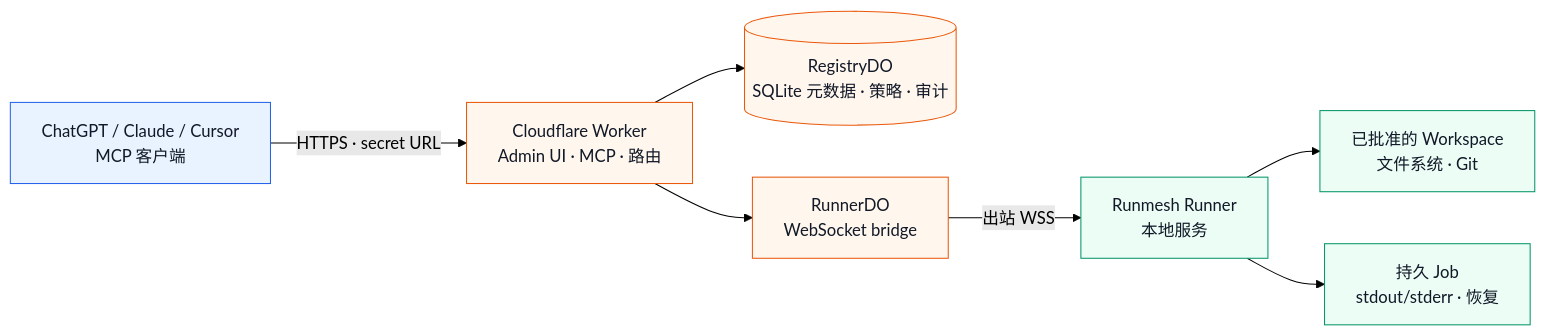
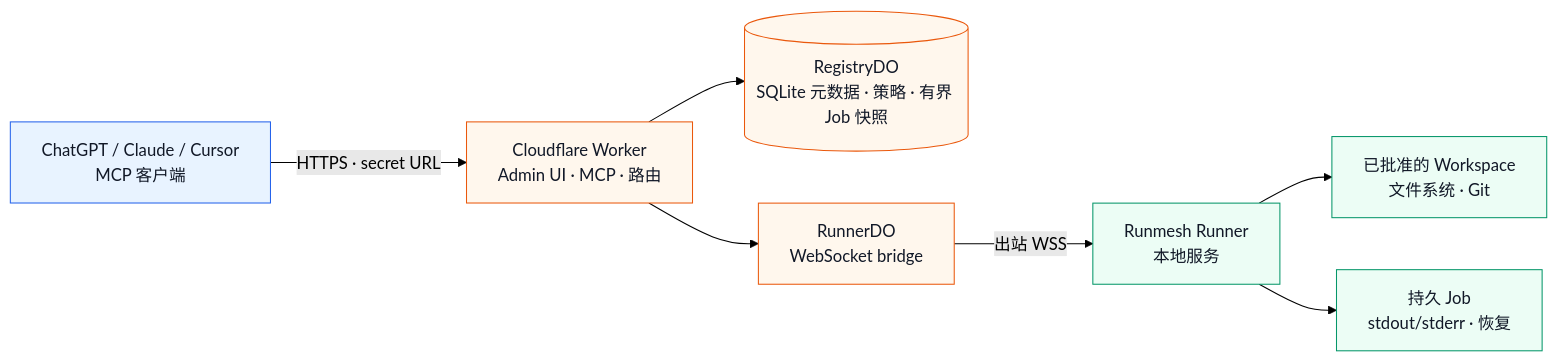
The diagram in README.zh-CN.md (aloneio/runmesh), drawn with Mermaid (forest theme) before and after one commit. The commit also changed other lines of this file and 9 other files, not shown here.

````diff
--- a/README.zh-CN.md
+++ b/README.zh-CN.md
@@ -84,16 +84,16 @@
 ```mermaid
 flowchart LR
     Client["ChatGPT / Claude / Cursor<br/>MCP 客户端"] -->|HTTPS · secret URL| Worker["Cloudflare Worker<br/>Admin UI · MCP · 路由"]
-    Worker --> Registry[("RegistryDO<br/>SQLite 元数据 · 策略 · 审计")]
+    Worker --> Registry[("RegistryDO<br/>SQLite 元数据 · 策略 · 有界 Job 快照")]
     Worker --> RunnerDO["RunnerDO<br/>WebSocket bridge"]
     RunnerDO -->|出站 WSS| Runner["Runmesh Runner<br/>本地服务"]
     Runner --> Workspace["已批准的 Workspace<br/>文件系统 · Git"]
     Runner --> Jobs["持久 Job<br/>stdout/stderr · 恢复"]
 
     classDef edge fill:#e8f3ff,stroke:#2563eb,color:#111827
     classDef control fill:#fff7ed,stroke:#ea580c,color:#111827
     classDef local fill:#ecfdf5,stroke:#059669,color:#111827
     class Client edge
     class Worker,Registry,RunnerDO control
     class Runner,Workspace,Jobs local
 ```
````
